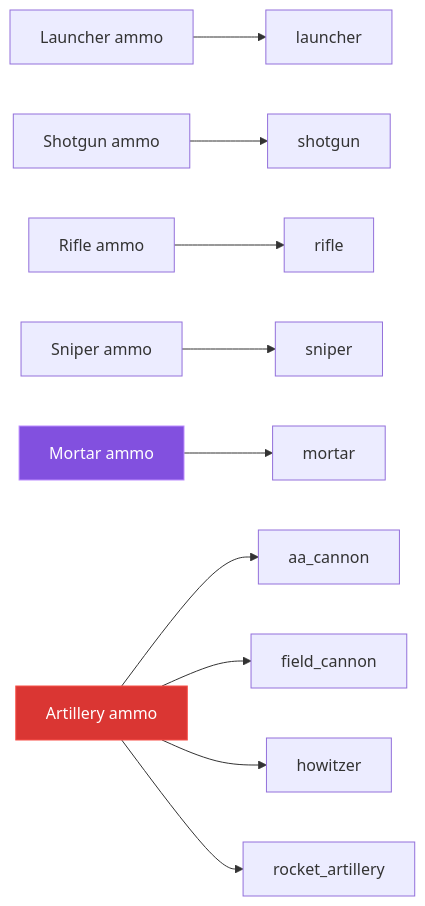
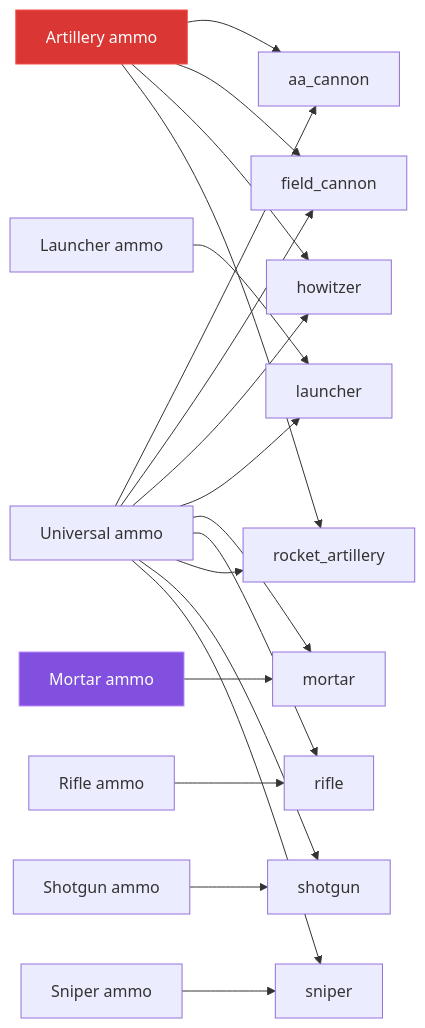
Before and after one commit to Bissbert/bkk-arsenal: the diagram in docs/items-and-ammunition.md, drawn with Mermaid. The commit also changed other lines of this file and 9 other files, not shown here.

````diff
--- a/docs/items-and-ammunition.md
+++ b/docs/items-and-ammunition.md
@@ -8,17 +8,19 @@
 ```mermaid
 flowchart LR
+    cat_universal["Universal ammo"]
+    cat_universal --> aa_cannon["aa_cannon"] & field_cannon["field_cannon"] & howitzer["howitzer"] & launcher["launcher"] & mortar["mortar"] & rifle["rifle"] & rocket_artillery["rocket_artillery"] & shotgun["shotgun"] & sniper["sniper"]
     cat_launcher["Launcher ammo"]
     cat_launcher --> launcher["launcher"]
     cat_shotgun["Shotgun ammo"]
     cat_shotgun --> shotgun["shotgun"]
     cat_rifle["Rifle ammo"]
     cat_rifle --> rifle["rifle"]
     cat_sniper["Sniper ammo"]
     cat_sniper --> sniper["sniper"]
     cat_mortar["Mortar ammo"]
     cat_mortar --> mortar["mortar"]
     cat_artillery["Artillery ammo"]
     cat_artillery --> aa_cannon["aa_cannon"] & field_cannon["field_cannon"] & howitzer["howitzer"] & rocket_artillery["rocket_artillery"]
     style cat_mortar fill:#8250df,stroke:#bc8cff,color:#fff
     style cat_artillery fill:#da3633,stroke:#f85149,color:#fff
 ```
````
